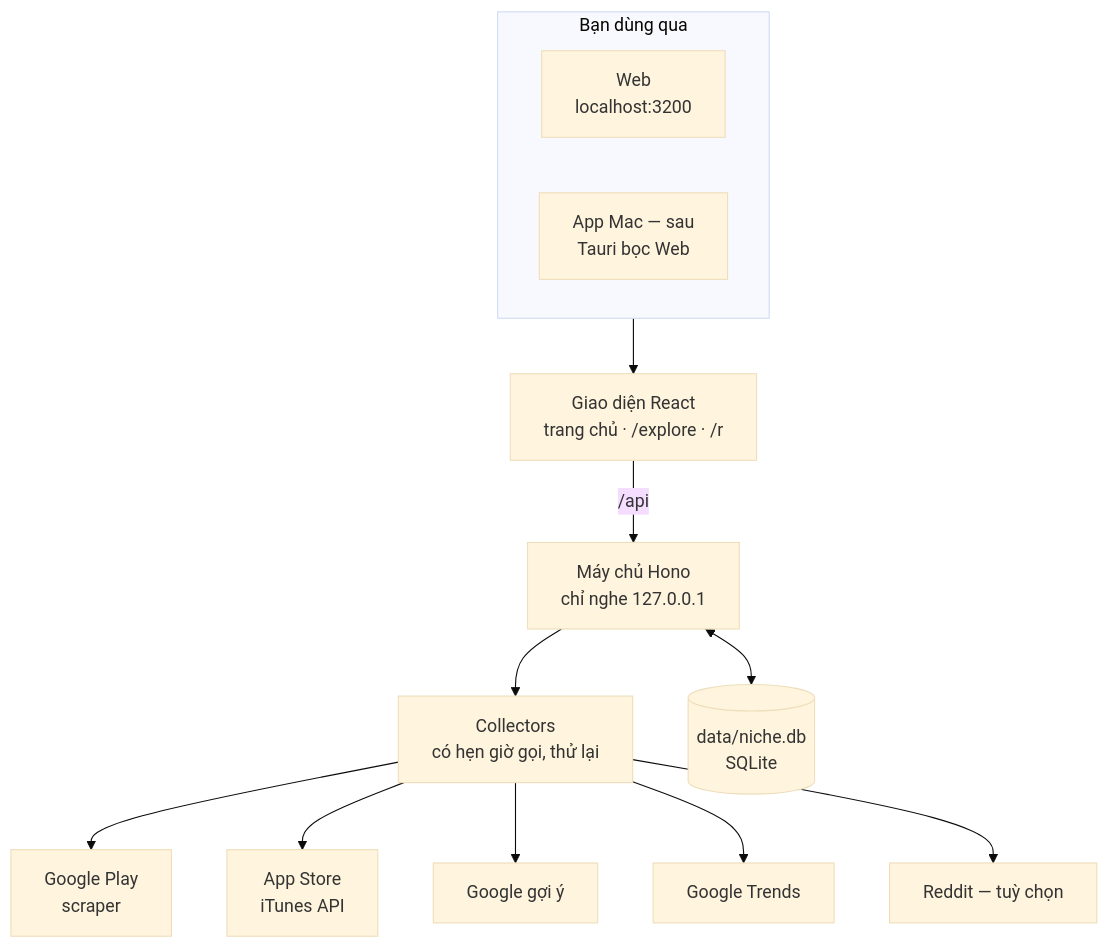
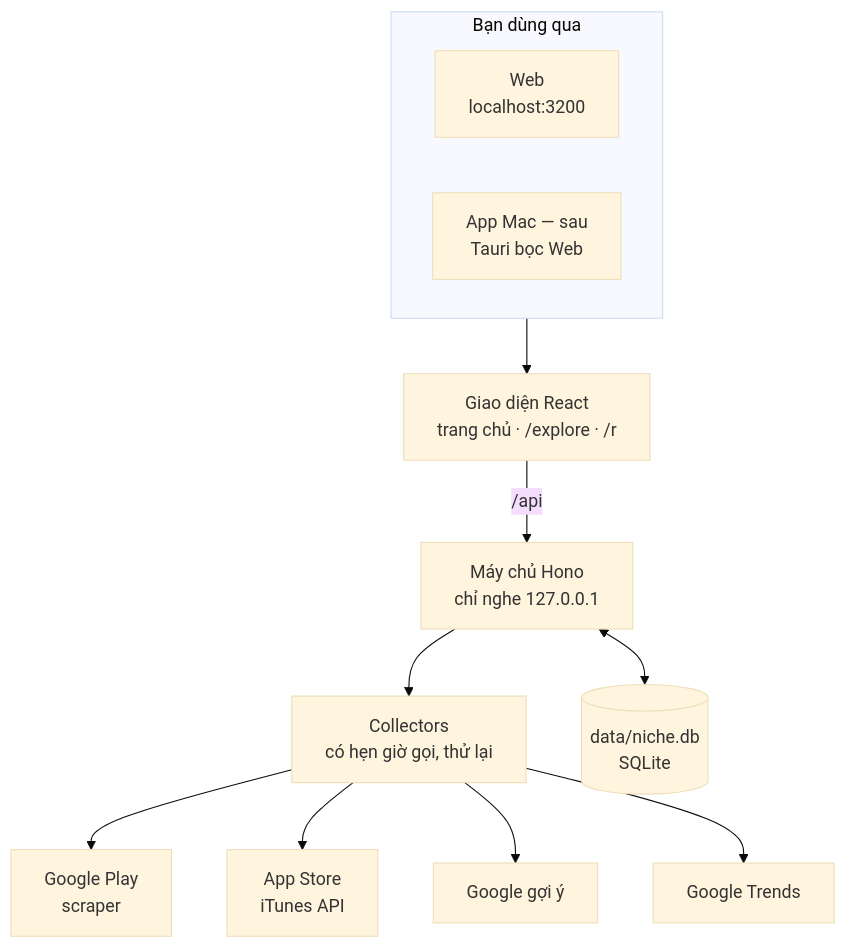
The first of 2 diagrams in docs/he-thong.md (nvminhtu/niche-radar-docs), drawn with Mermaid (base theme) before and after one commit. The commit also changed other lines of this file and 15 other files, not shown here.

````diff
--- a/docs/he-thong.md
+++ b/docs/he-thong.md
@@ -7,16 +7,15 @@
 ```mermaid
 flowchart TB
   subgraph FORM[Bạn dùng qua]
     WEB[Web<br/>localhost:3200]
     APP[App Mac — sau<br/>Tauri bọc Web]
   end
   FORM --> UI[Giao diện React<br/>trang chủ · /explore · /r]
   UI -->|/api| API[Máy chủ Hono<br/>chỉ nghe 127.0.0.1]
   API --> COL[Collectors<br/>có hẹn giờ gọi, thử lại]
   COL --> P[Google Play<br/>scraper]
   COL --> S[App Store<br/>iTunes API]
   COL --> G[Google gợi ý]
   COL --> T[Google Trends]
-  COL --> R[Reddit — tuỳ chọn]
   API <--> DB[(data/niche.db<br/>SQLite)]
 ```
````
